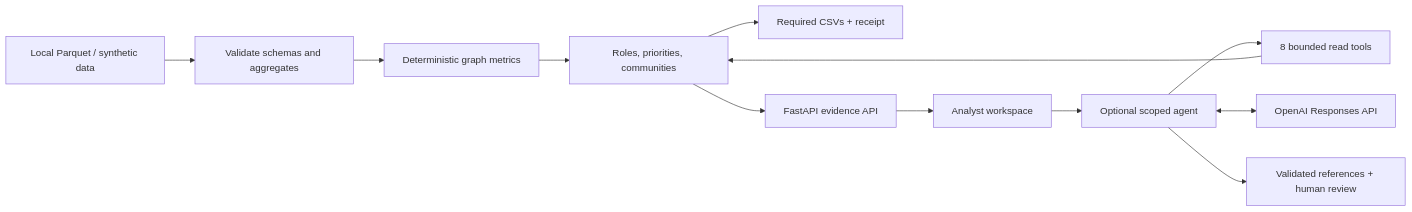
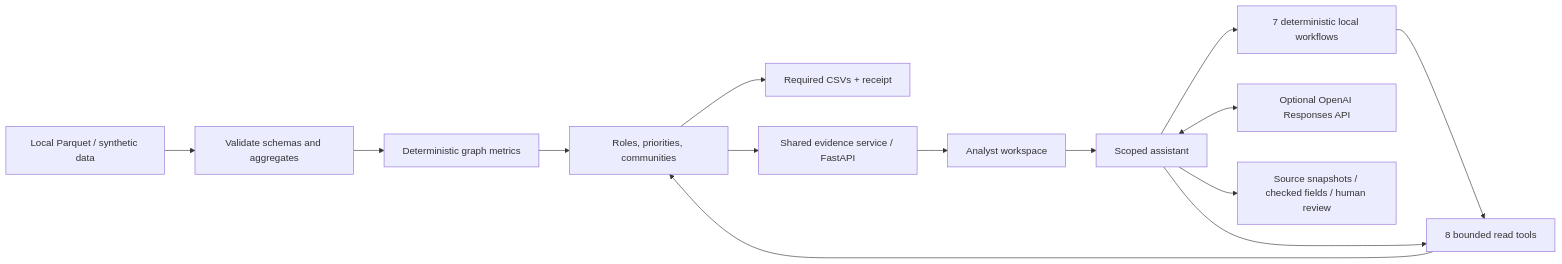
The diagram in README.md (BAITC-Hacks/hack-5263c4cc-webspace), drawn with Mermaid before and after one commit. The commit also changed other lines of this file and 16 other files, not shown here.

Commit message:
docs: audit track coverage and document evidence review workflows

````diff
--- a/README.md
+++ b/README.md
@@ -134,14 +136,16 @@
 ```mermaid
 flowchart LR
   D["Local Parquet / synthetic data"] --> V["Validate schemas and aggregates"]
   V --> M["Deterministic graph metrics"]
   M --> R["Roles, priorities, communities"]
   R --> C["Required CSVs + receipt"]
-  R --> A["FastAPI evidence API"]
+  R --> A["Shared evidence service / FastAPI"]
   A --> U["Analyst workspace"]
-  U --> G["Optional scoped agent"]
+  U --> G["Scoped assistant"]
+  G --> O["7 deterministic local workflows"]
+  O --> T
   G --> T["8 bounded read tools"]
   T --> R
-  G <--> L["OpenAI Responses API"]
-  G --> Q["Validated references + human review"]
+  G <--> L["Optional OpenAI Responses API"]
+  G --> Q["Source snapshots / checked fields / human review"]
 ```
````
